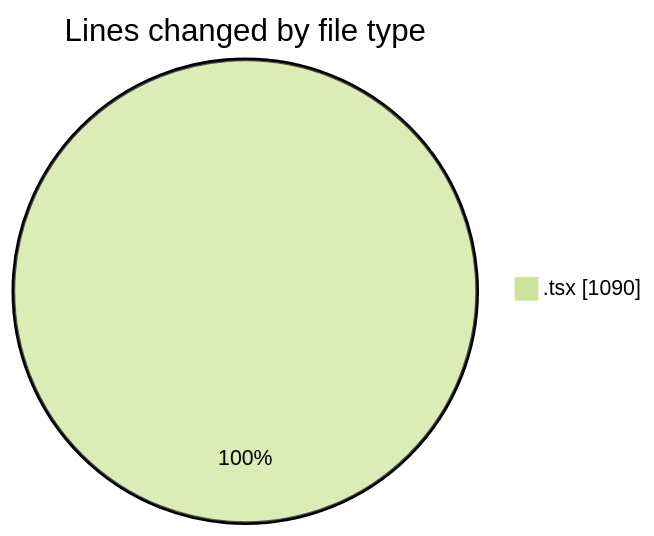
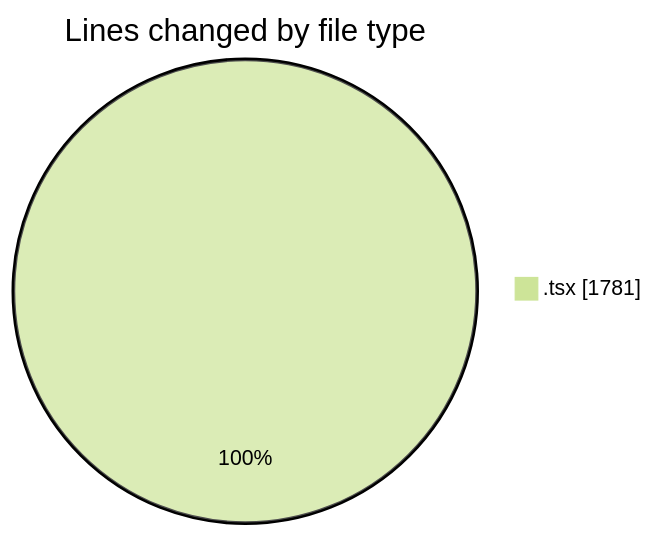
The first of 2 diagrams in 2026-07-10/nxtqube_webapp/README.md (nxtqubesakshisongat/code-tracking), drawn with Mermaid (forest theme) before and after one commit. The commit also changed other lines of this file and 1 other file, not shown here.

````diff
--- a/2026-07-10/nxtqube_webapp/README.md
+++ b/2026-07-10/nxtqube_webapp/README.md
@@ -24,5 +25,5 @@
 ```mermaid
 pie showData
 title Lines changed by file type
-".tsx" : 1090
+".tsx" : 1781
 ```
````
